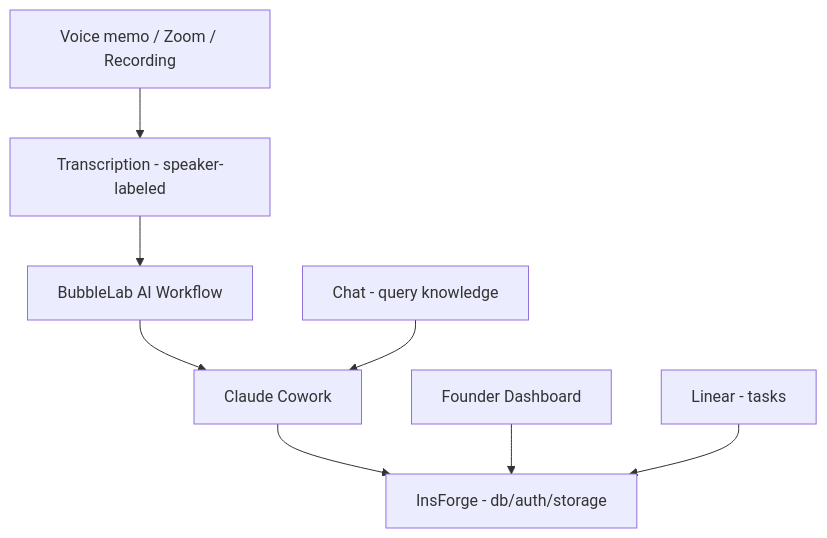
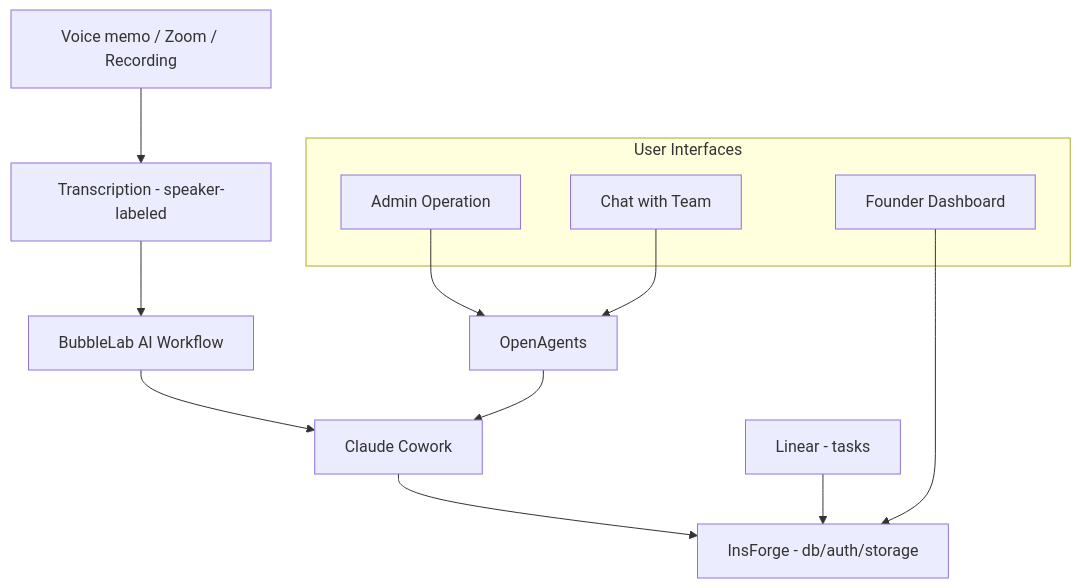
The diagram in README.md (baryhuang/company-os), drawn with Mermaid before and after one commit.

Commit message:
update arch diagram

````diff
--- a/README.md
+++ b/README.md
@@ -29,10 +29,19 @@
 ```mermaid
 flowchart TD
     A[Voice memo / Zoom / Recording] --> B[Transcription - speaker-labeled]
     B --> C[BubbleLab AI Workflow]
     C --> D[Claude Cowork]
     D --> E[InsForge - db/auth/storage]
-    H[Founder Dashboard] --> E
     F[Linear - tasks] --> E
-    G[Chat - query knowledge] --> D
+    G[OpenAgents] --> D
+
+    subgraph UI["User Interfaces"]
+        H[Founder Dashboard]
+        I[Admin Operation]
+        J[Chat with Team]
+    end
+
+    H --> E
+    I --> G
+    J --> G
 ```
````
